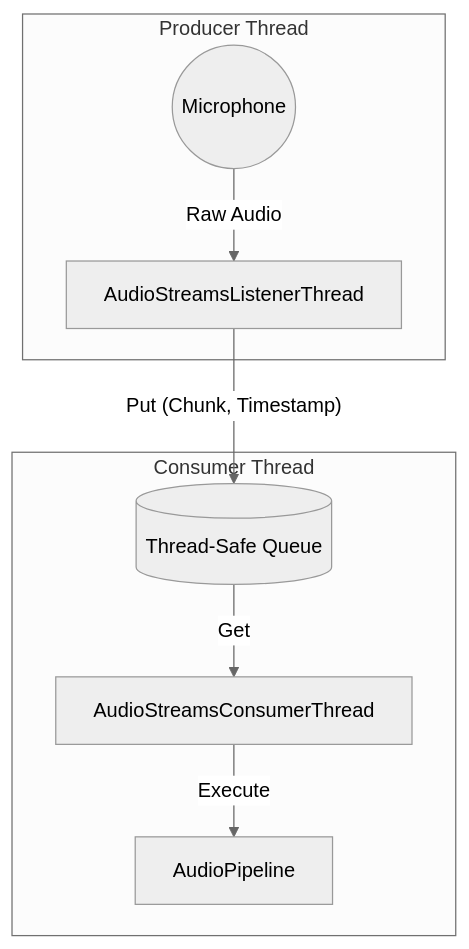
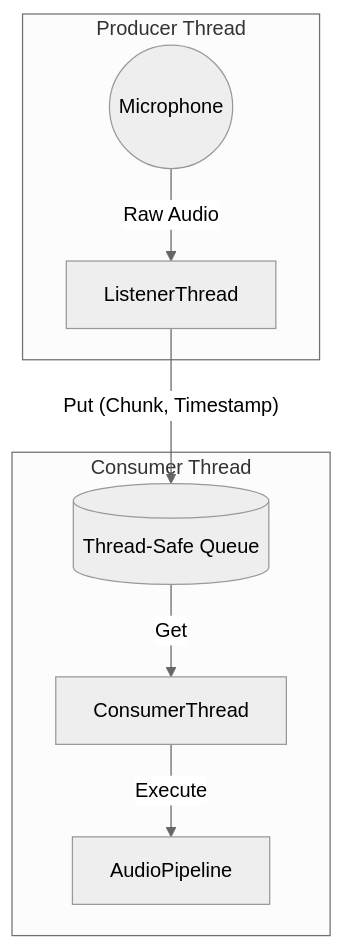
Before and after one commit to danielfcollier/py-umik-base-app: the first of 2 diagrams in docs/ARCHITECTURE.md, drawn with Mermaid (neutral theme). The commit also changed other lines of this file and 92 other files, not shown here.

````diff
--- a/docs/ARCHITECTURE.md
+++ b/docs/ARCHITECTURE.md
@@ -23,13 +23,13 @@
 ```mermaid
 graph TD
     subgraph "Producer Thread"
-        Hardware((Microphone)) -->|Raw Audio| Listener[AudioStreamsListenerThread]
+        Hardware((Microphone)) -->|Raw Audio| Listener[ListenerThread]
     end
 
     Listener -- "Put (Chunk, Timestamp)" --> Queue[("Thread-Safe Queue")]
 
     subgraph "Consumer Thread"
-        Queue -->|Get| Consumer[AudioStreamsConsumerThread]
-        Consumer -->|Execute| Pipeline[AudioPipeline]
+        Queue -->|Get| Consumer[ConsumerThread]
+        Consumer -->|Execute| AudioPipeline[AudioPipeline]
     end
 ```
````
